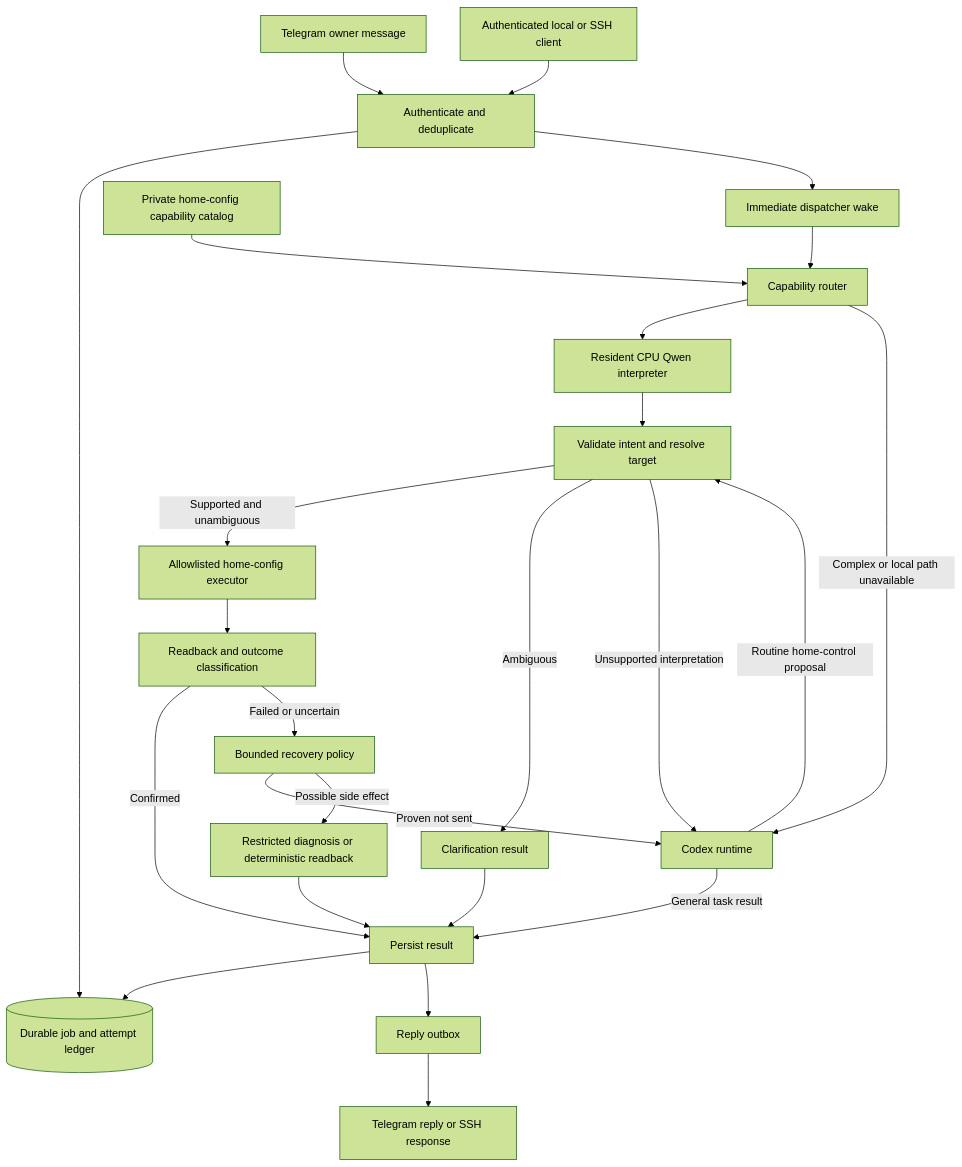
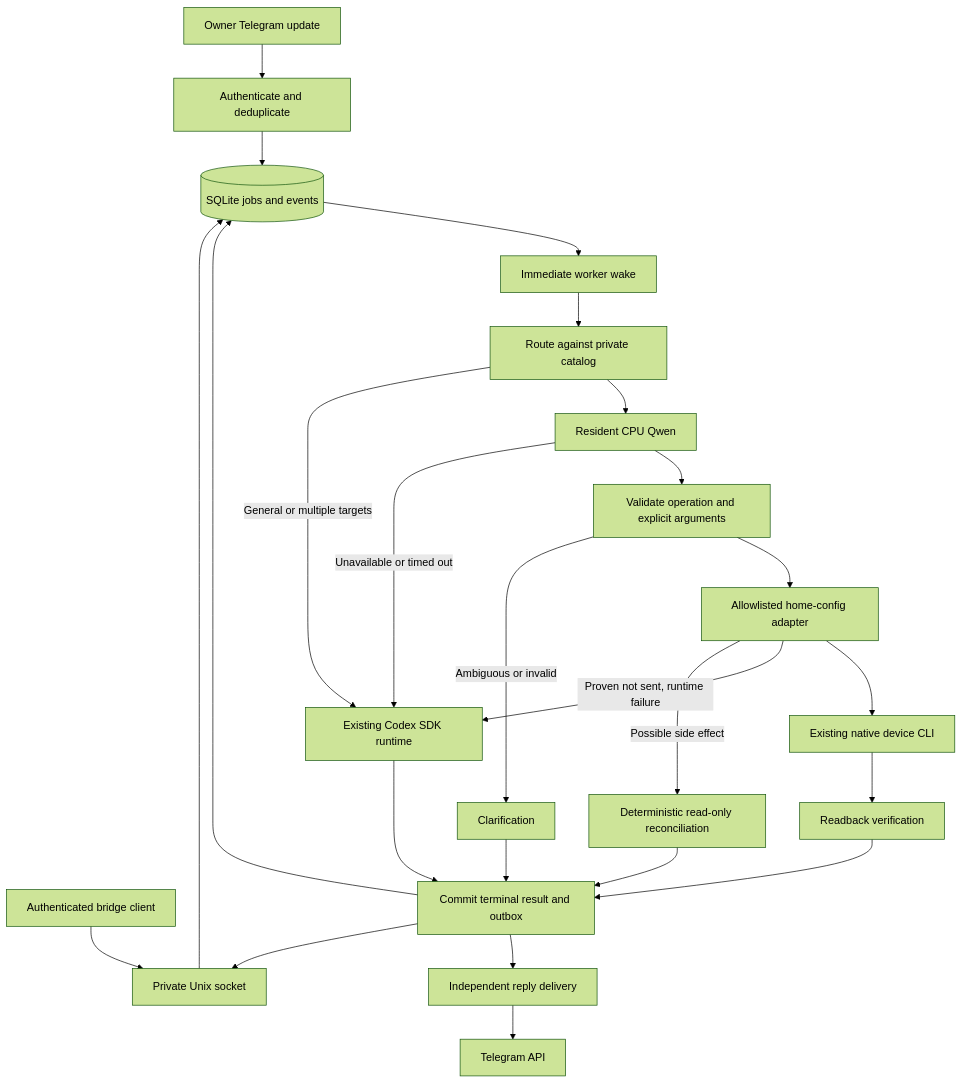
The first of 4 diagrams in docs/architecture/qwen-routing.md (cnberry/home-agent), drawn with Mermaid (forest theme) before and after one commit. The commit also changed other lines of this file and 13 other files, not shown here.

Commit message:
Route basic home requests through Qwen with durable wakeups and performance evidence

````diff
--- a/docs/architecture/qwen-routing.md
+++ b/docs/architecture/qwen-routing.md
@@ -44,27 +14,27 @@
 ```mermaid
 flowchart TD
-    Telegram[Telegram owner message] --> Intake[Authenticate and deduplicate]
-    SSH[Authenticated local or SSH client] --> Intake
-    Intake --> Ledger[(Durable job and attempt ledger)]
-    Intake --> Wake[Immediate dispatcher wake]
-    Wake --> Router[Capability router]
-    Catalog[Private home-config capability catalog] --> Router
-    Router --> Qwen[Resident CPU Qwen interpreter]
-    Qwen --> Validate[Validate intent and resolve target]
-    Validate -->|Supported and unambiguous| Executor[Allowlisted home-config executor]
-    Validate -->|Ambiguous| Clarify[Clarification result]
-    Router -->|Complex or local path unavailable| Codex[Codex runtime]
-    Validate -->|Unsupported interpretation| Codex
-    Executor --> Verify[Readback and outcome classification]
-    Verify -->|Confirmed| Result[Persist result]
-    Verify -->|Failed or uncertain| Recovery[Bounded recovery policy]
-    Recovery -->|Proven not sent| Codex
-    Recovery -->|Possible side effect| Diagnosis[Restricted diagnosis or deterministic readback]
-    Diagnosis --> Result
-    Codex -->|Routine home-control proposal| Validate
-    Codex -->|General task result| Result
+    Telegram[Owner Telegram update] --> Auth[Authenticate and deduplicate]
+    SSH[Authenticated bridge client] --> Socket[Private Unix socket]
+    Auth --> Queue[(SQLite jobs and events)]
+    Socket --> Queue
+    Queue --> Wake[Immediate worker wake]
+    Wake --> Router[Route against private catalog]
+    Router --> Qwen[Resident CPU Qwen]
+    Qwen --> Validate[Validate operation and explicit arguments]
+    Validate --> Adapter[Allowlisted home-config adapter]
+    Adapter --> CLI[Existing native device CLI]
+    CLI --> Verify[Readback verification]
+    Verify --> Result[Commit terminal result and outbox]
+    Router -->|General or multiple targets| Codex[Existing Codex SDK runtime]
+    Qwen -->|Unavailable or timed out| Codex
+    Adapter -->|Proven not sent, runtime failure| Codex
+    Adapter -->|Possible side effect| ReadOnly[Deterministic read-only reconciliation]
+    ReadOnly --> Result
+    Validate -->|Ambiguous or invalid| Clarify[Clarification]
     Clarify --> Result
-    Result --> Ledger
-    Result --> Outbox[Reply outbox]
-    Outbox --> TelegramReply[Telegram reply or SSH response]
+    Codex --> Result
+    Result --> Queue
+    Result --> Delivery[Independent reply delivery]
+    Delivery --> TelegramAPI[Telegram API]
+    Result --> Socket
 ```
````
